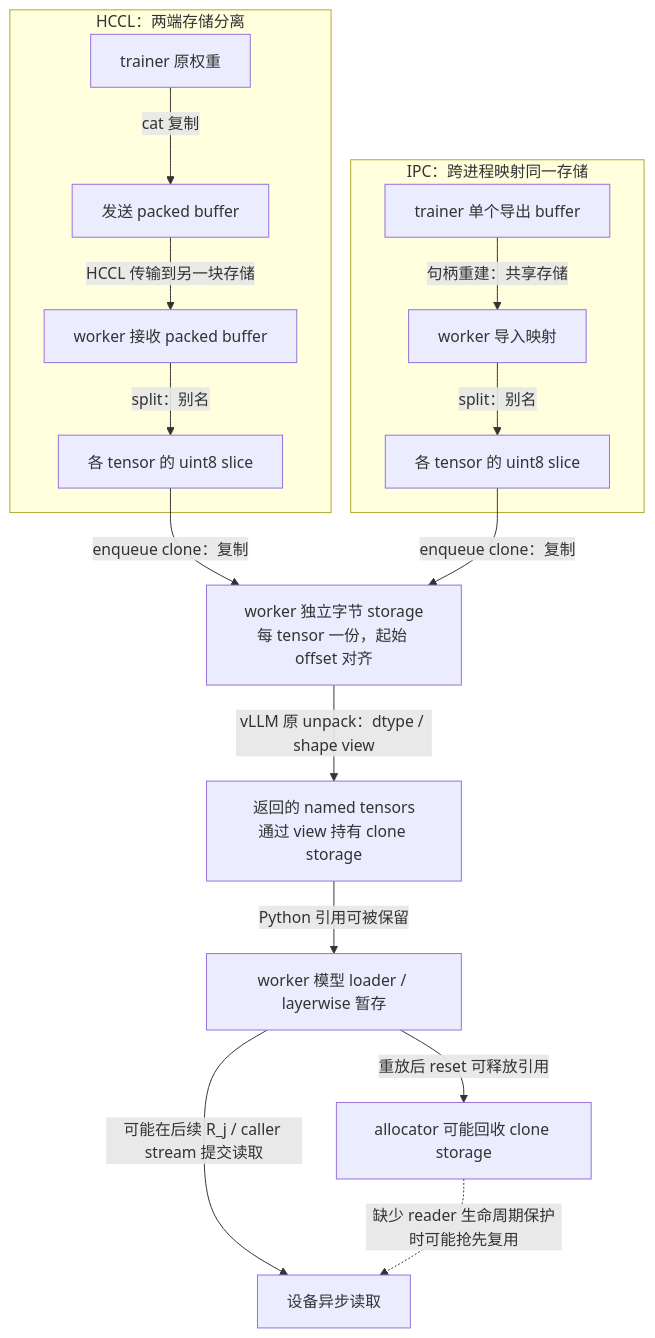
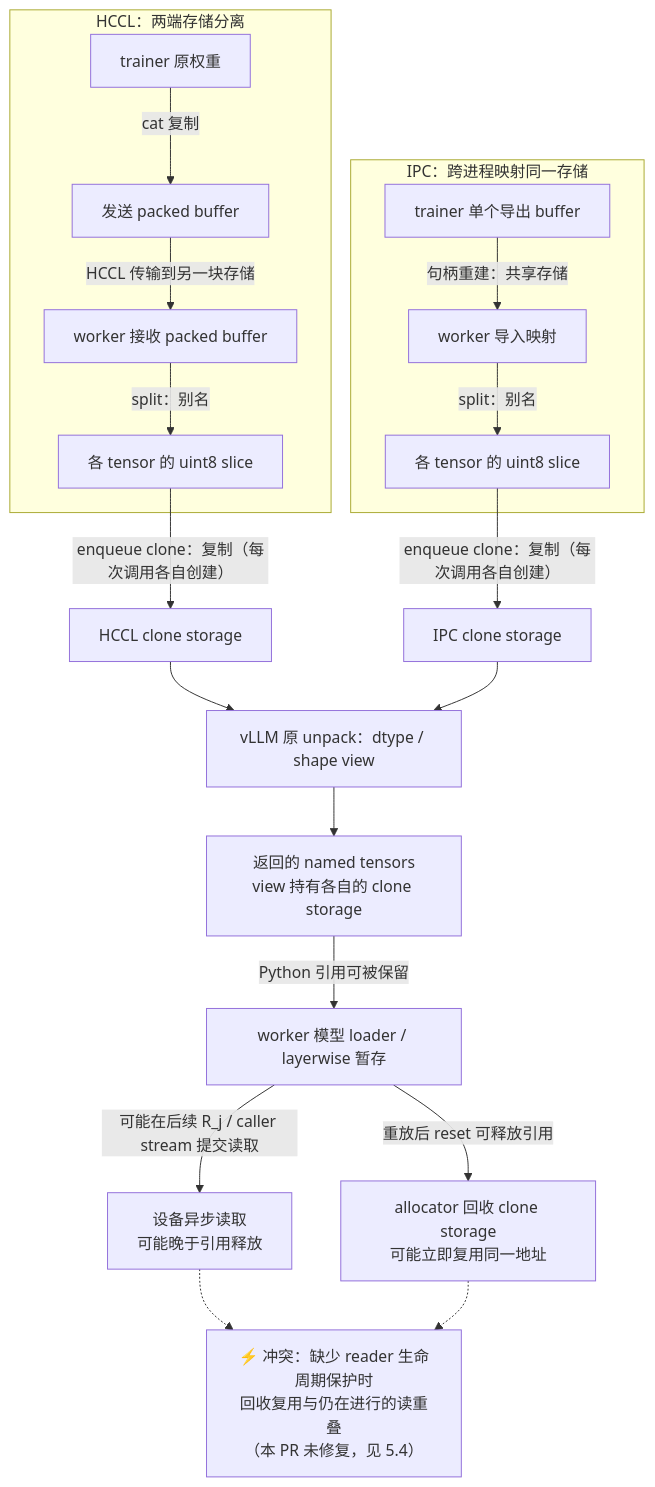
The seventh of 10 diagrams in vllm/weight-transfer/packed-tensor-design.md (Liccol/ref-doc), drawn with Mermaid before and after one commit. The commit also changed other lines of this file and 3 other files, not shown here.

First line of the commit message:
docs: fix diagram attribution and split UML rebinding v1.0.6

````diff
--- a/vllm/weight-transfer/packed-tensor-design.md
+++ b/vllm/weight-transfer/packed-tensor-design.md
@@ -302,19 +306,22 @@
 ```mermaid
 flowchart TB
     subgraph HC[HCCL：两端存储分离]
         SRC[trainer 原权重] -->|cat 复制| SEND[发送 packed buffer]
         SEND -->|HCCL 传输到另一块存储| RECV[worker 接收 packed buffer]
         RECV -->|split：别名| RAW[各 tensor 的 uint8 slice]
     end
     subgraph IPC[IPC：跨进程映射同一存储]
         EXPORT[trainer 单个导出 buffer] -->|句柄重建：共享存储| IMPORT[worker 导入映射]
         IMPORT -->|split：别名| IRAW[各 tensor 的 uint8 slice]
     end
-    RAW -->|enqueue clone：复制| CLONE[worker 独立字节 storage<br/>每 tensor 一份，起始 offset 对齐]
-    IRAW -->|enqueue clone：复制| CLONE
-    CLONE -->|vLLM 原 unpack：dtype / shape view| TENSOR[返回的 named tensors<br/>通过 view 持有 clone storage]
+    RAW -->|"enqueue clone：复制（每次调用各自创建）"| CLONEH[HCCL clone storage]
+    IRAW -->|"enqueue clone：复制（每次调用各自创建）"| CLONEI[IPC clone storage]
+    CLONEH --> UNPACK[vLLM 原 unpack：dtype / shape view]
+    CLONEI --> UNPACK
+    UNPACK --> TENSOR[返回的 named tensors<br/>view 持有各自的 clone storage]
     TENSOR -->|Python 引用可被保留| LOADER[worker 模型 loader / layerwise 暂存]
-    LOADER -->|可能在后续 R_j / caller stream 提交读取| READ[设备异步读取]
-    LOADER -->|重放后 reset 可释放引用| FREE[allocator 可能回收 clone storage]
-    FREE -.->|缺少 reader 生命周期保护时可能抢先复用| READ
+    LOADER -->|可能在后续 R_j / caller stream 提交读取| READ[设备异步读取<br/>可能晚于引用释放]
+    LOADER -->|重放后 reset 可释放引用| FREE[allocator 回收 clone storage<br/>可能立即复用同一地址]
+    READ -.-> RISK["⚡ 冲突：缺少 reader 生命周期保护时<br/>回收复用与仍在进行的读重叠<br/>（本 PR 未修复，见 5.4）"]
+    FREE -.-> RISK
 ```
````
